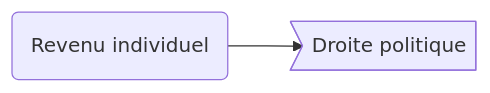
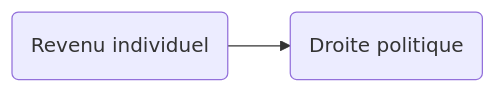
One commit to laurenceomfoisy/laurenceoliviermfoisy changed the eighth of 39 diagrams in presentation_goa/index.qmd. Above: the diagram before and after it, drawn with Mermaid. The commit also changed other lines of this file and 1 other file, not shown here.

````diff
--- a/presentation_goa/index.qmd
+++ b/presentation_goa/index.qmd
@@ -121,4 +121,4 @@
 ```{mermaid}
 graph LR;    
-    Z1(Revenu individuel) --> Y>Droite politique];
+    Z1(Revenu individuel) --> Y(Droite politique);
 ```
````
